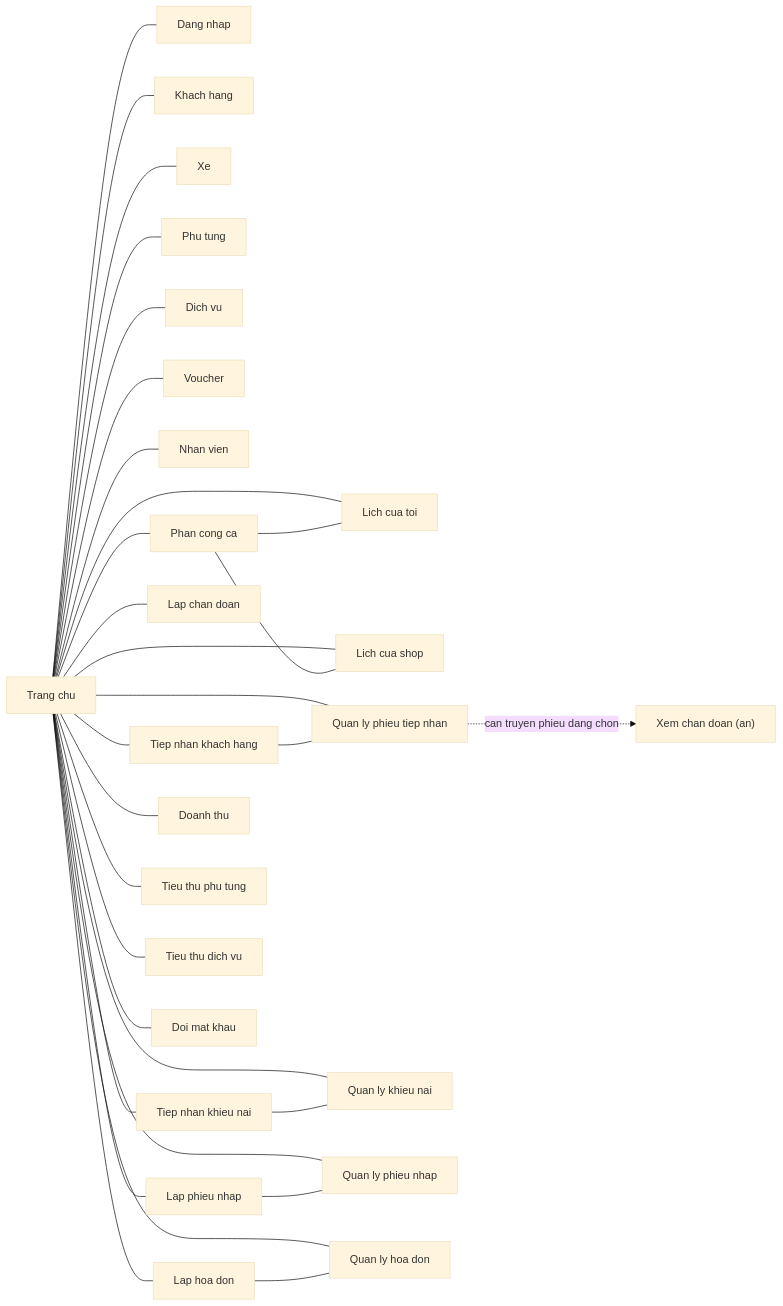
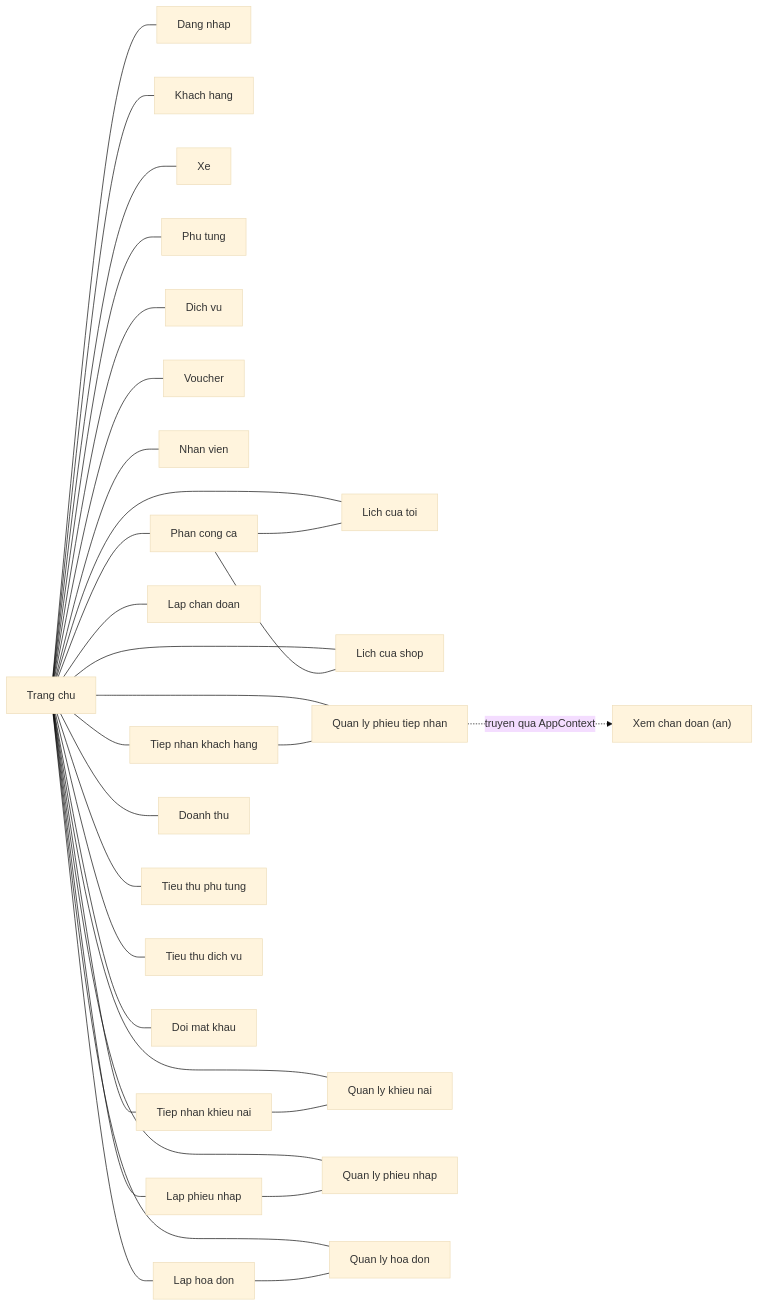
Before and after one commit to MaiTheHao/iuh-fall2026-ptud: the fifth of 10 diagrams in assets/tasks/DGRAPH.md, drawn with Mermaid (base theme). The commit also changed other lines of this file and 3 other files, not shown here.

````diff
--- a/assets/tasks/DGRAPH.md
+++ b/assets/tasks/DGRAPH.md
@@ -148,37 +148,37 @@
 ```mermaid
 flowchart LR
     scr02["Trang chu"]
     scr01["Dang nhap"]
 
     scr02 --- scr03["Khach hang"]
     scr02 --- scr03b["Xe"]
     scr02 --- scr06["Phu tung"]
     scr02 --- scr08["Dich vu"]
     scr02 --- scr09["Voucher"]
     scr02 --- scr11["Nhan vien"]
     scr02 --- scr05["Phan cong ca"]
     scr02 --- scr05b["Lich cua toi"]
     scr02 --- scr05c["Lich cua shop"]
     scr02 --- scr04["Tiep nhan khach hang"]
     scr02 --- scr04b["Quan ly phieu tiep nhan"]
     scr02 --- scr04d["Lap chan doan"]
     scr02 --- scr16["Tiep nhan khieu nai"]
     scr02 --- scr16b["Quan ly khieu nai"]
     scr02 --- scr07["Lap phieu nhap"]
     scr02 --- scr07b["Quan ly phieu nhap"]
     scr02 --- scr10["Lap hoa don"]
     scr02 --- scr10b["Quan ly hoa don"]
     scr02 --- scr12["Doanh thu"]
     scr02 --- scr12b["Tieu thu phu tung"]
     scr02 --- scr12c["Tieu thu dich vu"]
     scr02 --- scr15["Doi mat khau"]
     scr02 --- scr01
 
     scr04 --- scr04b
-    scr04b -.->|"can truyen phieu dang chon"| scr04c["Xem chan doan (an)"]
+    scr04b -.->|"truyen qua AppContext"| scr04c["Xem chan doan (an)"]
     scr16 --- scr16b
     scr07 --- scr07b
     scr10 --- scr10b
     scr05 --- scr05b
     scr05 --- scr05c
 ```
````
